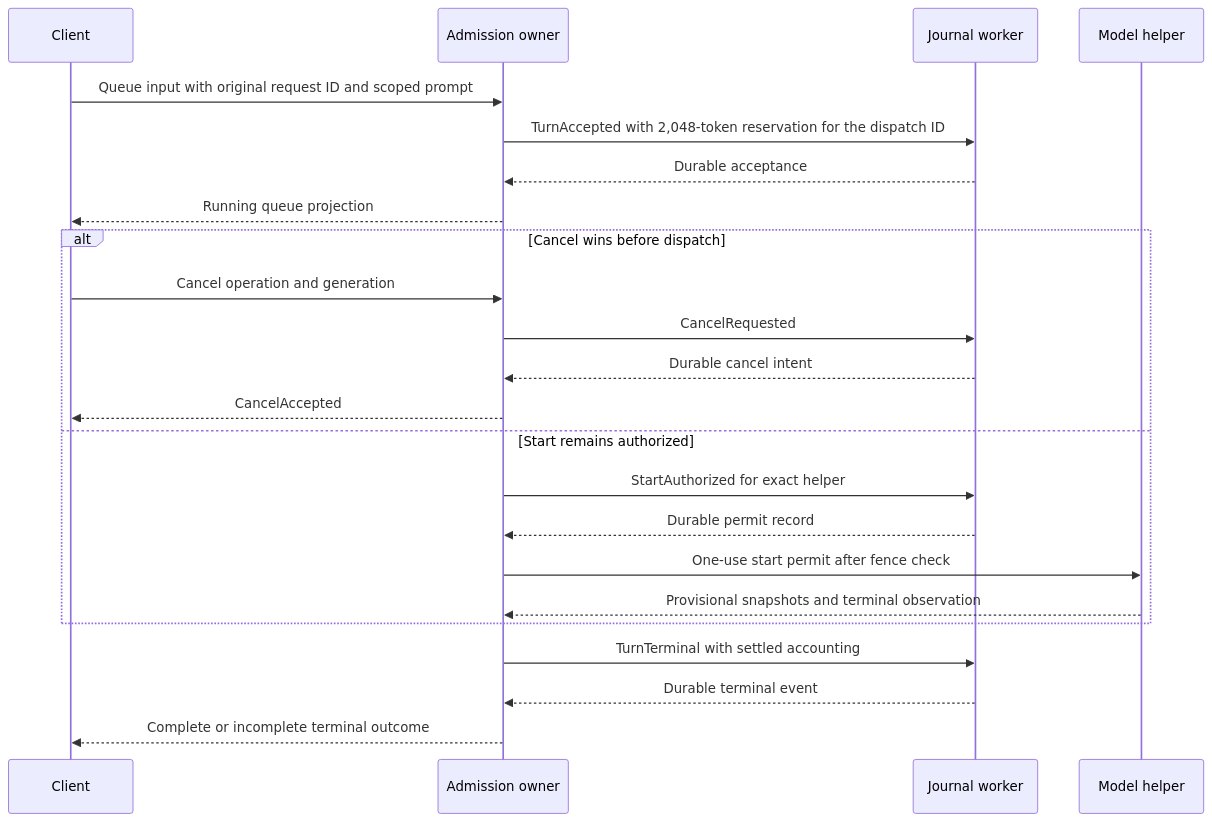
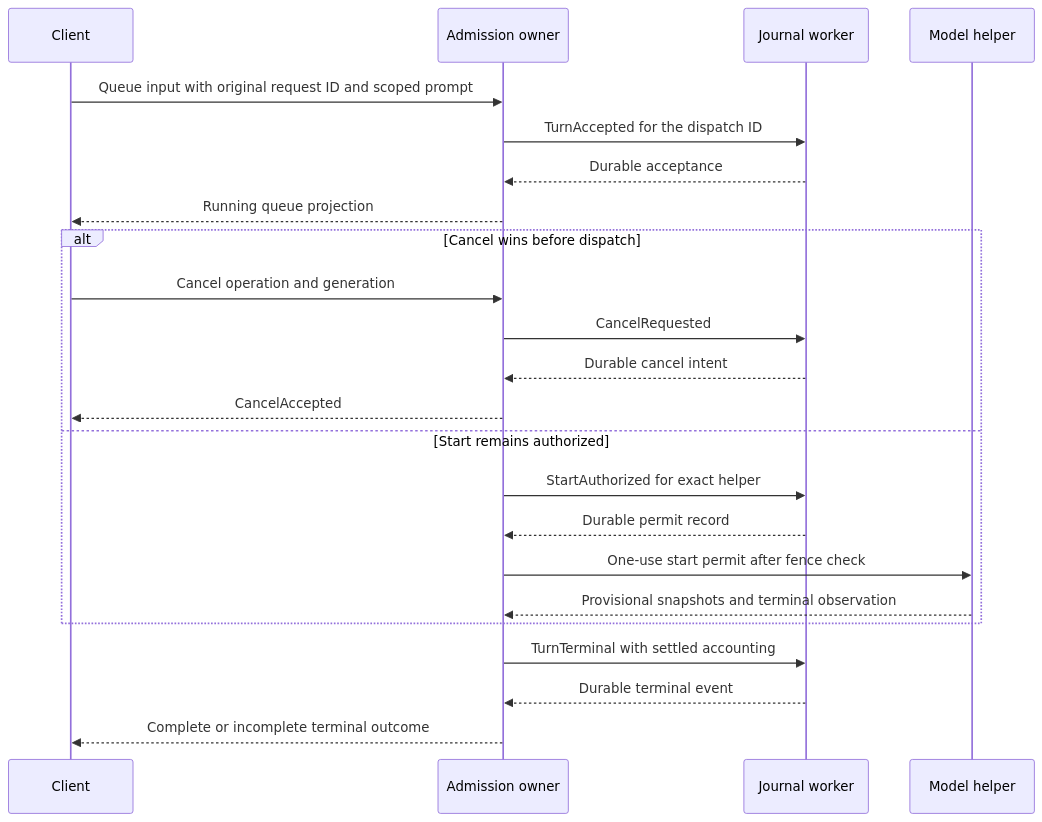
Before and after one commit to pidster/asura: the third of 11 diagrams in docs/designs/conversation-admission.md, drawn with Mermaid. The commit also changed other lines of this file and 57 other files, not shown here.

````diff
--- a/docs/designs/conversation-admission.md
+++ b/docs/designs/conversation-admission.md
@@ -442,25 +445,25 @@
 ```mermaid
 sequenceDiagram
     participant C as Client
     participant A as Admission owner
     participant J as Journal worker
     participant H as Model helper
     C->>A: Queue input with original request ID and scoped prompt
-    A->>J: TurnAccepted with 2,048-token reservation for the dispatch ID
+    A->>J: TurnAccepted for the dispatch ID
     J-->>A: Durable acceptance
     A-->>C: Running queue projection
     alt Cancel wins before dispatch
         C->>A: Cancel operation and generation
         A->>J: CancelRequested
         J-->>A: Durable cancel intent
         A-->>C: CancelAccepted
     else Start remains authorized
         A->>J: StartAuthorized for exact helper
         J-->>A: Durable permit record
         A->>H: One-use start permit after fence check
         H-->>A: Provisional snapshots and terminal observation
     end
     A->>J: TurnTerminal with settled accounting
     J-->>A: Durable terminal event
     A-->>C: Complete or incomplete terminal outcome
 ```
````
